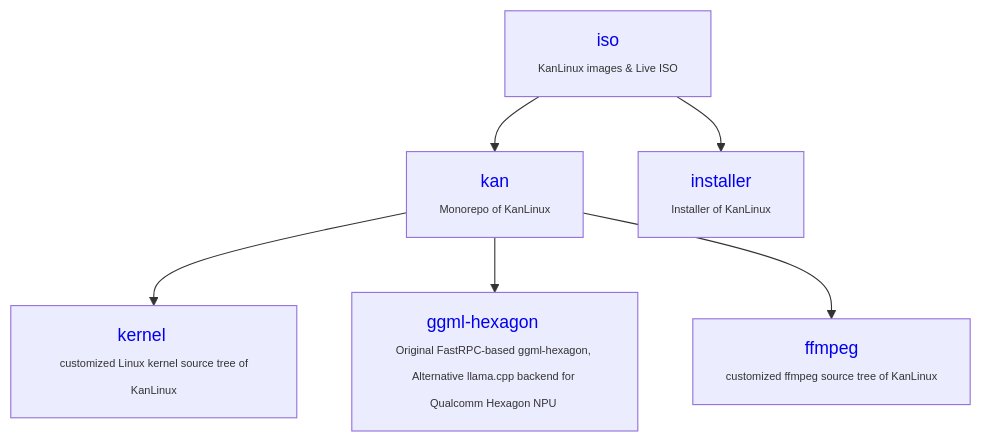
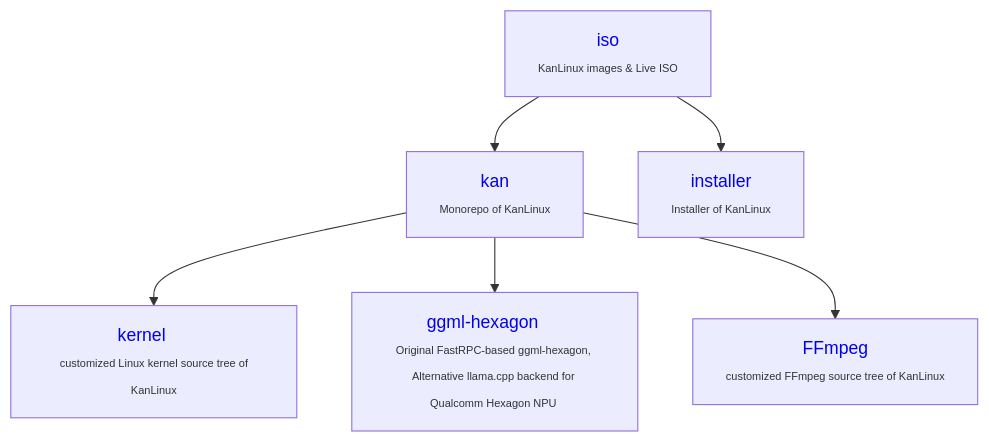
The diagram in profile/README.md (kan-linux/.github), drawn with Mermaid before and after one commit.

Commit message:
Update 'ffmpeg' link text to capitalize 'FFmpeg'

````diff
--- a/profile/README.md
+++ b/profile/README.md
@@ -11,30 +11,30 @@
 ```mermaid
 
 graph TD;
 iso --> kan
 iso --> installer
 
 kan --> kernel
 kan --> ggml-hexagon
 kan --> ffmpeg
 
 
 
 iso[<a href="https://github.com/kan-linux/iso"                       style="text-decoration:none;">iso</a>            <br><span style="font-size:10px;">KanLinux images & Live ISO</span>];
 kan[<a href="https://github.com/kan-linux/kan"         style="text-decoration:none;">kan</a>     <br><span style="font-size:10px;">Monorepo of KanLinux</span>];
 
 installer[<a href="https://github.com/kan-linux/installer"         style="text-decoration:none;">installer</a>     <br><span style="font-size:10px;">Installer of KanLinux</span>];
 
 
 
 kernel[<a href="https://github.com/kan-linux/kernel"         style="text-decoration:none;">kernel</a>     <br><span style="font-size:10px;"> customized Linux kernel source tree of KanLinux</span>];
 
 
 ggml-hexagon[<a href="https://github.com/kan-linux/ggml-hexagon/discussions/84"         style="text-decoration:none;">ggml-hexagon</a>     <br><span style="font-size:10px;">Original FastRPC-based ggml-hexagon, Alternative llama.cpp backend for Qualcomm Hexagon NPU </span>];
 
 
 
-ffmpeg[<a href="https://github.com/kan-linux/ffmpeg"         style="text-decoration:none;">ffmpeg</a>     <br><span style="font-size:10px;"> customized ffmpeg source tree of KanLinux</span>];
+ffmpeg[<a href="https://github.com/kan-linux/ffmpeg"         style="text-decoration:none;">FFmpeg</a>     <br><span style="font-size:10px;"> customized FFmpeg source tree of KanLinux</span>];
 
 
 ```
````
